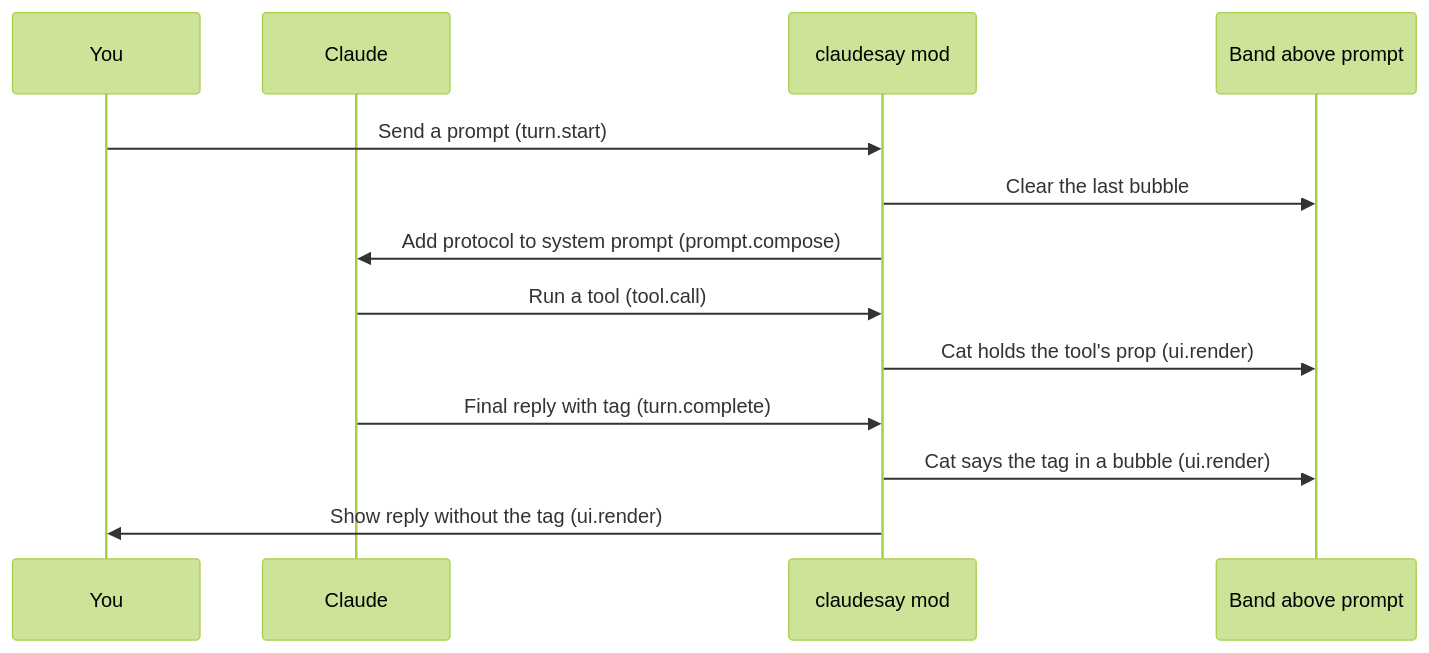
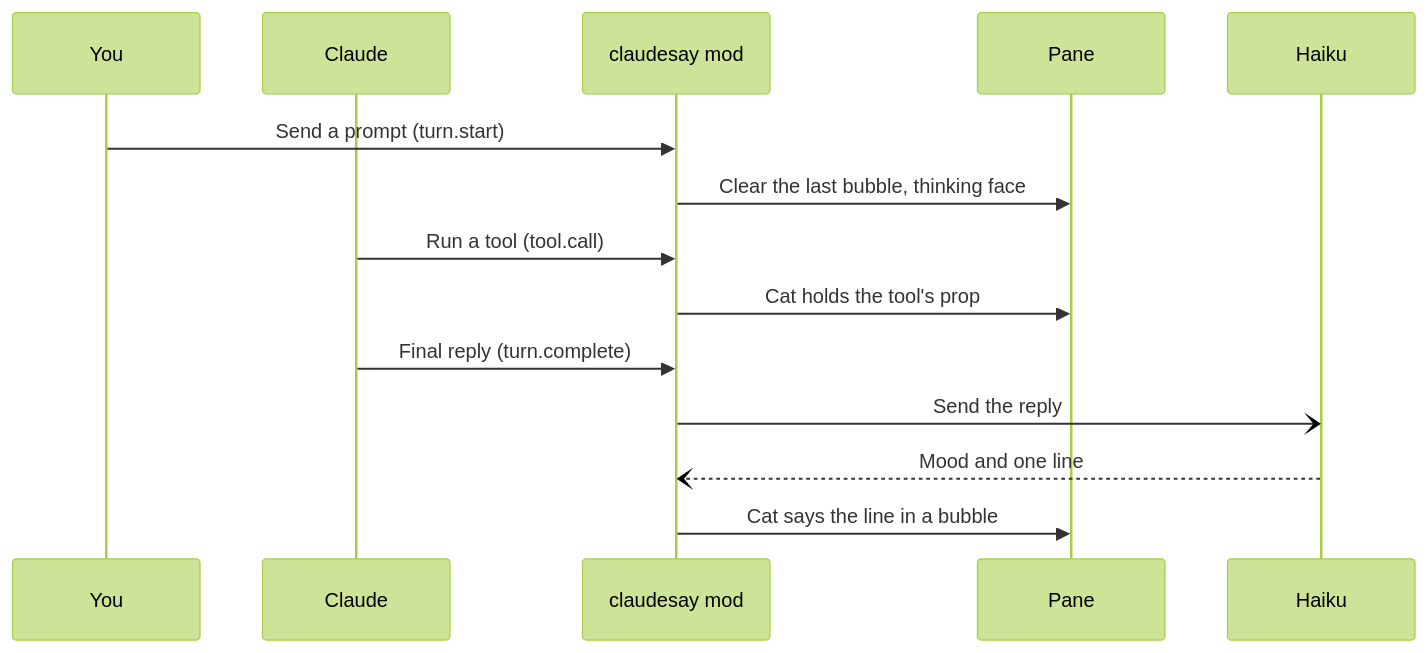
One commit to TimJJTing/Personal-Website changed the second of 3 diagrams in src/routes/works/claudesay.md. Above: the diagram before and after it, drawn with Mermaid (forest theme). The commit also changed other lines of this file, not shown here.

````diff
--- a/src/routes/works/claudesay.md
+++ b/src/routes/works/claudesay.md
@@ -85,15 +88,16 @@
 ```mermaid
 sequenceDiagram
     participant U as You
     participant C as Claude
     participant M as claudesay mod
-    participant B as Band above prompt
+    participant P as Pane
+    participant H as Haiku
     U->>M: Send a prompt (turn.start)
-    M->>B: Clear the last bubble
-    M->>C: Add protocol to system prompt (prompt.compose)
+    M->>P: Clear the last bubble, thinking face
     C->>M: Run a tool (tool.call)
-    M->>B: Cat holds the tool's prop (ui.render)
-    C->>M: Final reply with tag (turn.complete)
-    M->>B: Cat says the tag in a bubble (ui.render)
-    M->>U: Show reply without the tag (ui.render)
+    M->>P: Cat holds the tool's prop
+    C->>M: Final reply (turn.complete)
+    M-)H: Send the reply
+    H--)M: Mood and one line
+    M->>P: Cat says the line in a bubble
 ```
````
